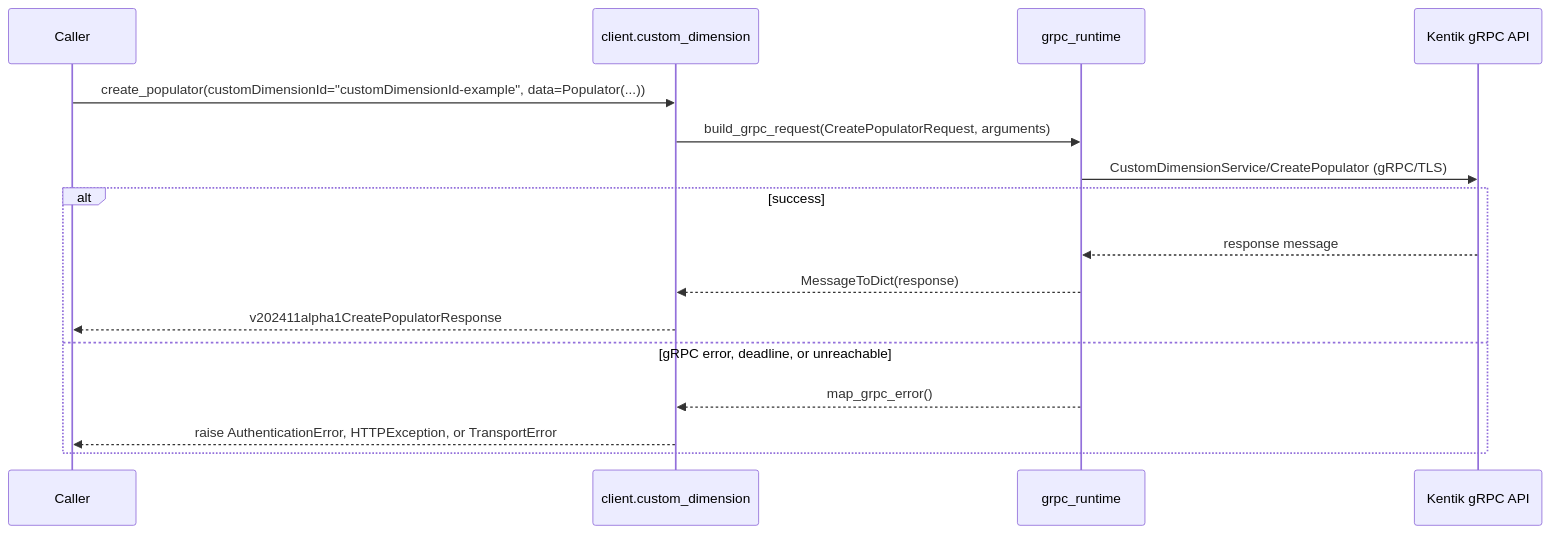
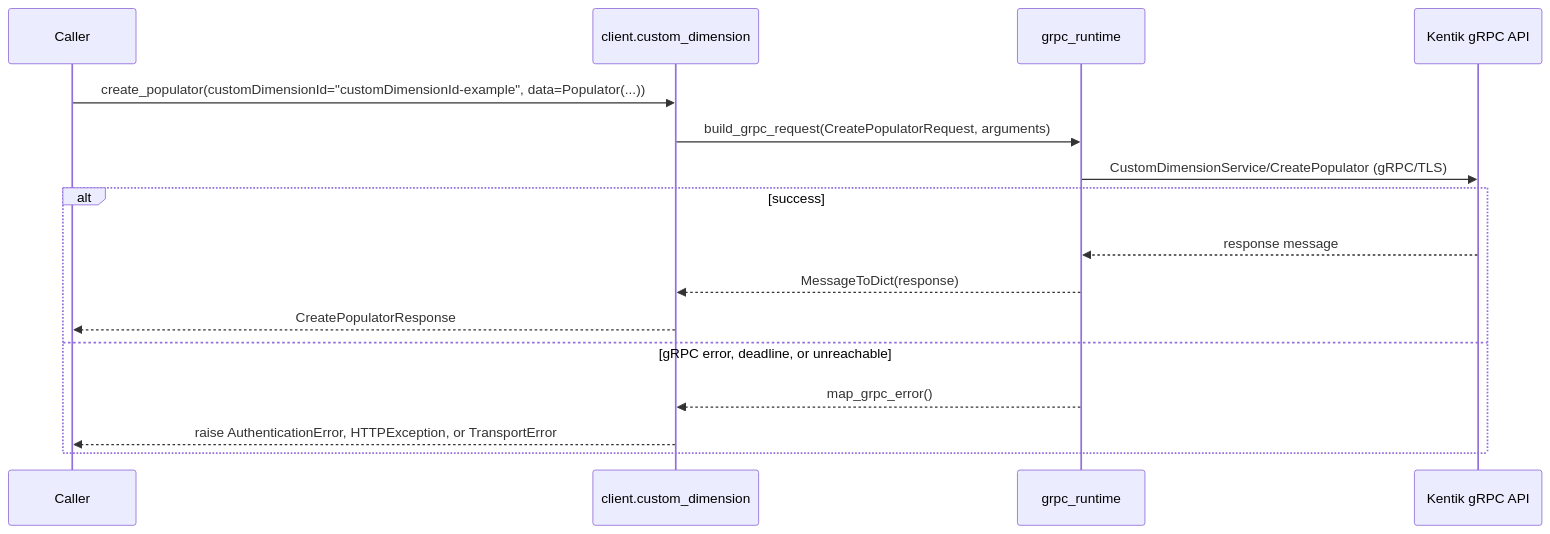
Diagram 11 of 22 in docs/sphinx/services/custom_dimension.md (alexdearaujo/community_sdk_python), drawn with Mermaid before and after one commit. The commit also changed other lines of this file and 38 other files, not shown here.

````diff
--- a/docs/sphinx/services/custom_dimension.md
+++ b/docs/sphinx/services/custom_dimension.md
@@ -357,19 +357,19 @@
 ```mermaid
 sequenceDiagram
     participant C as Caller
     participant W as client.custom_dimension
     participant R as grpc_runtime
     participant API as Kentik gRPC API
 
     C->>W: create_populator(customDimensionId="customDimensionId-example", data=Populator(...))
     W->>R: build_grpc_request(CreatePopulatorRequest, arguments)
     R->>API: CustomDimensionService/CreatePopulator (gRPC/TLS)
     alt success
         API-->>R: response message
         R-->>W: MessageToDict(response)
-        W-->>C: v202411alpha1CreatePopulatorResponse
+        W-->>C: CreatePopulatorResponse
     else gRPC error, deadline, or unreachable
         R-->>W: map_grpc_error()
         W-->>C: raise AuthenticationError, HTTPException, or TransportError
     end
 ```
````
